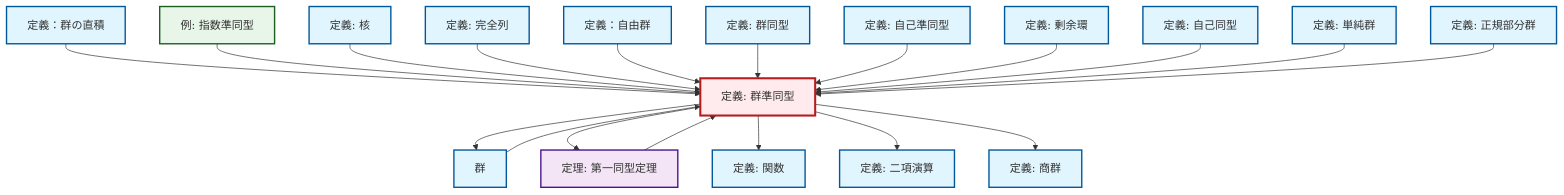
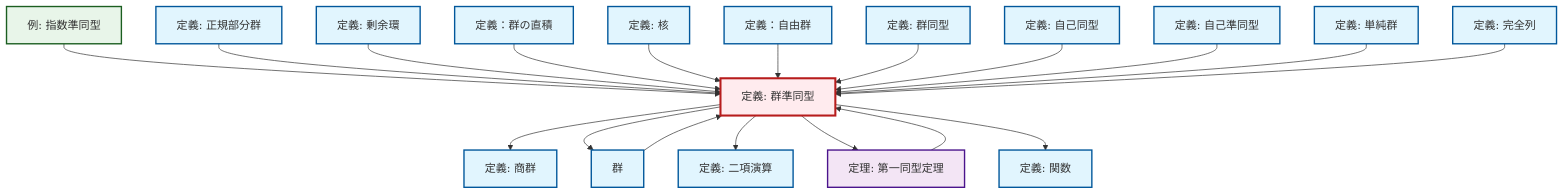
Before and after one commit to RK0429/ModernMath: the diagram in content/ja/algebra/def-homomorphism.qmd, drawn with Mermaid. The commit also changed 672 other files, not shown here.

````diff
--- a/content/ja/algebra/def-homomorphism.qmd
+++ b/content/ja/algebra/def-homomorphism.qmd
@@ -66,61 +66,61 @@
 ```{mermaid}
-%%| fig-cap: "Local dependency graph"
+%%| fig-cap: "ローカル依存関係グラフ"
 graph TD
     classDef definition fill:#e1f5fe,stroke:#01579b,stroke-width:2px
     classDef theorem fill:#f3e5f5,stroke:#4a148c,stroke-width:2px
     classDef axiom fill:#fff3e0,stroke:#e65100,stroke-width:2px
     classDef example fill:#e8f5e9,stroke:#1b5e20,stroke-width:2px
     classDef current fill:#ffebee,stroke:#b71c1c,stroke-width:3px
+    def-normal-subgroup["定義: 正規部分群"]:::definition
+    def-quotient-group["定義: 商群"]:::definition
+    def-binary-operation["定義: 二項演算"]:::definition
+    def-exact-sequence["定義: 完全列"]:::definition
+    def-direct-product["定義：群の直積"]:::definition
+    def-isomorphism["定義: 群同型"]:::definition
+    def-function["定義: 関数"]:::definition
+    def-automorphism["定義: 自己同型"]:::definition
     def-endomorphism["定義: 自己準同型"]:::definition
+    thm-first-isomorphism["定理: 第一同型定理"]:::theorem
+    ex-exponential-homomorphism["例: 指数準同型"]:::example
+    def-homomorphism["定義: 群準同型"]:::definition
+    def-free-group["定義：自由群"]:::definition
+    def-group["群"]:::definition
+    def-quotient-ring["定義: 剰余環"]:::definition
     def-simple-group["定義: 単純群"]:::definition
-    def-exact-sequence["定義: 完全列"]:::definition
     def-kernel["定義: 核"]:::definition
-    ex-exponential-homomorphism["例: 指数準同型"]:::example
-    def-automorphism["定義: 自己同型"]:::definition
-    def-isomorphism["定義: 群同型"]:::definition
-    def-binary-operation["定義: 二項演算"]:::definition
-    def-free-group["定義：自由群"]:::definition
-    def-quotient-ring["定義: 剰余環"]:::definition
-    def-normal-subgroup["定義: 正規部分群"]:::definition
-    def-function["定義: 関数"]:::definition
-    def-homomorphism["定義: 群準同型"]:::definition
-    def-quotient-group["定義: 商群"]:::definition
-    def-direct-product["定義：群の直積"]:::definition
-    thm-first-isomorphism["定理: 第一同型定理"]:::theorem
-    def-group["群"]:::definition
+    thm-first-isomorphism --> def-homomorphism
+    ex-exponential-homomorphism --> def-homomorphism
+    def-normal-subgroup --> def-homomorphism
+    def-quotient-ring --> def-homomorphism
+    def-homomorphism --> def-quotient-group
     def-homomorphism --> def-group
     def-direct-product --> def-homomorphism
-    ex-exponential-homomorphism --> def-homomorphism
     def-kernel --> def-homomorphism
+    def-homomorphism --> def-binary-operation
+    def-free-group --> def-homomorphism
+    def-isomorphism --> def-homomorphism
+    def-automorphism --> def-homomorphism
     def-homomorphism --> thm-first-isomorphism
+    def-endomorphism --> def-homomorphism
+    def-group --> def-homomorphism
     def-homomorphism --> def-function
-    def-homomorphism --> def-binary-operation
+    def-simple-group --> def-homomorphism
     def-exact-sequence --> def-homomorphism
-    def-group --> def-homomorphism
-    def-free-group --> def-homomorphism
-    thm-first-isomorphism --> def-homomorphism
-    def-isomorphism --> def-homomorphism
-    def-endomorphism --> def-homomorphism
-    def-quotient-ring --> def-homomorphism
-    def-homomorphism --> def-quotient-group
-    def-automorphism --> def-homomorphism
-    def-simple-group --> def-homomorphism
-    def-normal-subgroup --> def-homomorphism
     class def-homomorphism current
+    click def-normal-subgroup "def-normal-subgroup.html" "正規部分群の定義へ"
+    click def-quotient-group "def-quotient-group.html" "商群の定義へ"
+    click def-binary-operation "def-binary-operation.html" "二項演算の定義へ"
+    click def-exact-sequence "def-exact-sequence.html" "完全列の定義へ"
+    click def-direct-product "def-direct-product.html" "定義：群の直積へ"
+    click def-isomorphism "def-isomorphism.html" "群同型の定義へ"
+    click def-function "def-function.html" "関数の定義へ"
+    click def-automorphism "def-automorphism.html" "自己同型の定義へ"
     click def-endomorphism "def-endomorphism.html" "自己準同型の定義へ"
+    click thm-first-isomorphism "thm-first-isomorphism.html" "第一同型定理の定理へ"
+    click ex-exponential-homomorphism "ex-exponential-homomorphism.html" "指数準同型の例へ"
+    click def-free-group "def-free-group.html" "定義：自由群へ"
+    click def-group "def-group.html" "群へ"
+    click def-quotient-ring "def-quotient-ring.html" "剰余環の定義へ"
     click def-simple-group "def-simple-group.html" "単純群の定義へ"
-    click def-exact-sequence "def-exact-sequence.html" "完全列の定義へ"
     click def-kernel "def-kernel.html" "核の定義へ"
-    click ex-exponential-homomorphism "ex-exponential-homomorphism.html" "指数準同型の例へ"
-    click def-automorphism "def-automorphism.html" "自己同型の定義へ"
-    click def-isomorphism "def-isomorphism.html" "群同型の定義へ"
-    click def-binary-operation "def-binary-operation.html" "二項演算の定義へ"
-    click def-free-group "def-free-group.html" "定義：自由群へ"
-    click def-quotient-ring "def-quotient-ring.html" "剰余環の定義へ"
-    click def-normal-subgroup "def-normal-subgroup.html" "正規部分群の定義へ"
-    click def-function "def-function.html" "関数の定義へ"
-    click def-quotient-group "def-quotient-group.html" "商群の定義へ"
-    click def-direct-product "def-direct-product.html" "定義：群の直積へ"
-    click thm-first-isomorphism "thm-first-isomorphism.html" "第一同型定理の定理へ"
-    click def-group "def-group.html" "群へ"
 ```
````
